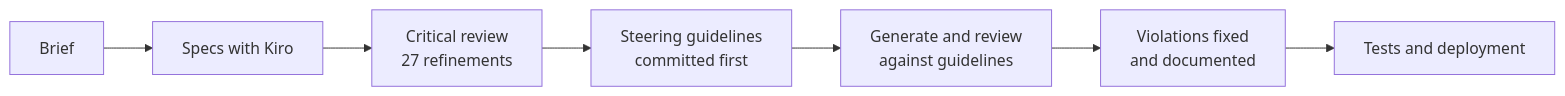
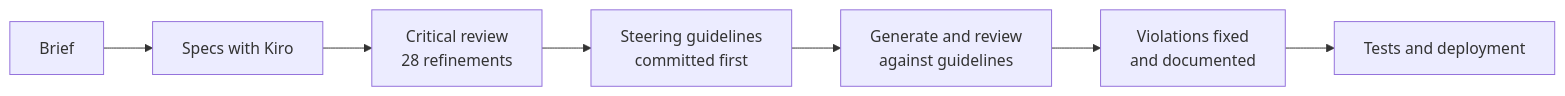
The second of 2 diagrams in README.md (Revou-FSSE-Jun26/module-4-jimWilliam), drawn with Mermaid before and after one commit. The commit also changed other lines of this file and 25 other files, not shown here.

````diff
--- a/README.md
+++ b/README.md
@@ -233,4 +235,4 @@
 ```mermaid
 flowchart LR
-    A[Brief] --> B[Specs with Kiro] --> C[Critical review<br/>27 refinements] --> D[Steering guidelines<br/>committed first] --> E[Generate and review<br/>against guidelines] --> F[Violations fixed<br/>and documented] --> G[Tests and deployment]
+    A[Brief] --> B[Specs with Kiro] --> C[Critical review<br/>28 refinements] --> D[Steering guidelines<br/>committed first] --> E[Generate and review<br/>against guidelines] --> F[Violations fixed<br/>and documented] --> G[Tests and deployment]
 ```
````
